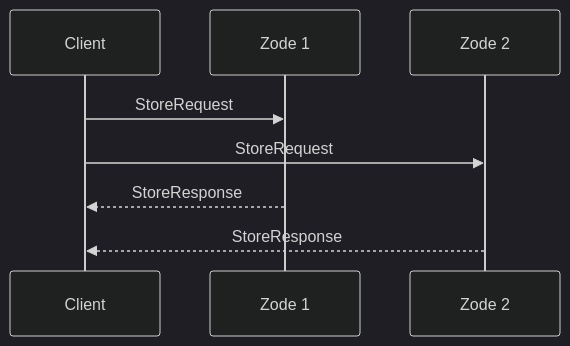
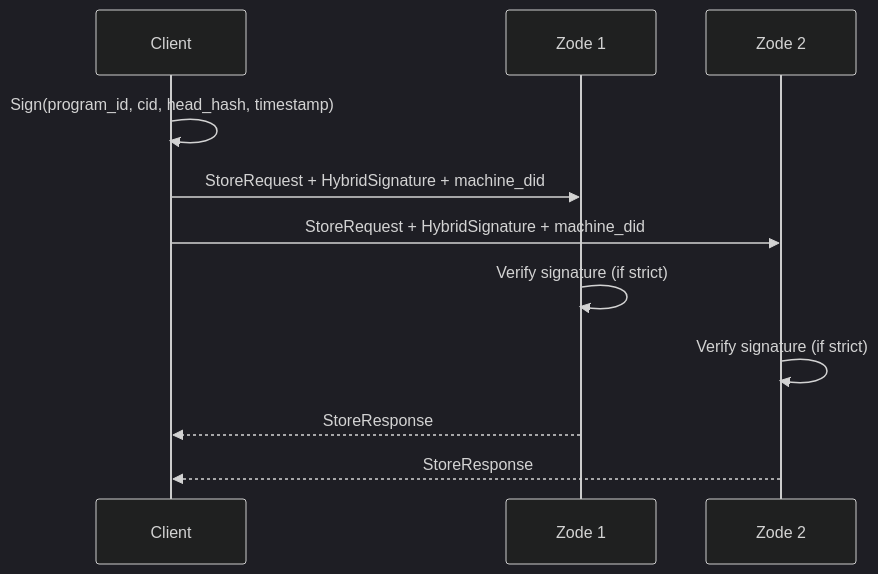
The first of 3 diagrams in docs/spec/v0.1.0/12-protocol.md (mightypex2-ux/the-grid), drawn with Mermaid (dark theme) before and after one commit. The commit also changed other lines of this file and 93 other files, not shown here.

````diff
--- a/docs/spec/v0.1.0/12-protocol.md
+++ b/docs/spec/v0.1.0/12-protocol.md
@@ -85,10 +135,13 @@
 ```mermaid
 sequenceDiagram
     participant C as Client
     participant Z1 as Zode 1
     participant Z2 as Zode 2
-    C->>Z1: StoreRequest
-    C->>Z2: StoreRequest
+    C->>C: Sign(program_id, cid, head_hash, timestamp)
+    C->>Z1: StoreRequest + HybridSignature + machine_did
+    C->>Z2: StoreRequest + HybridSignature + machine_did
+    Z1->>Z1: Verify signature (if strict)
+    Z2->>Z2: Verify signature (if strict)
     Z1-->>C: StoreResponse
     Z2-->>C: StoreResponse
 ```
````
